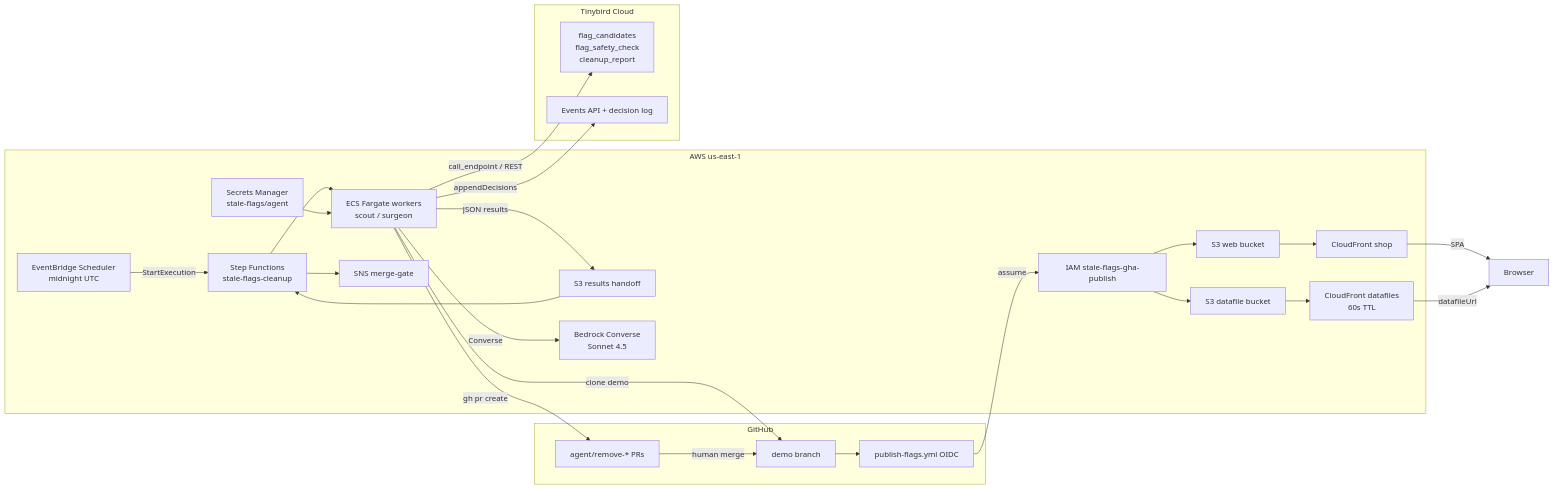
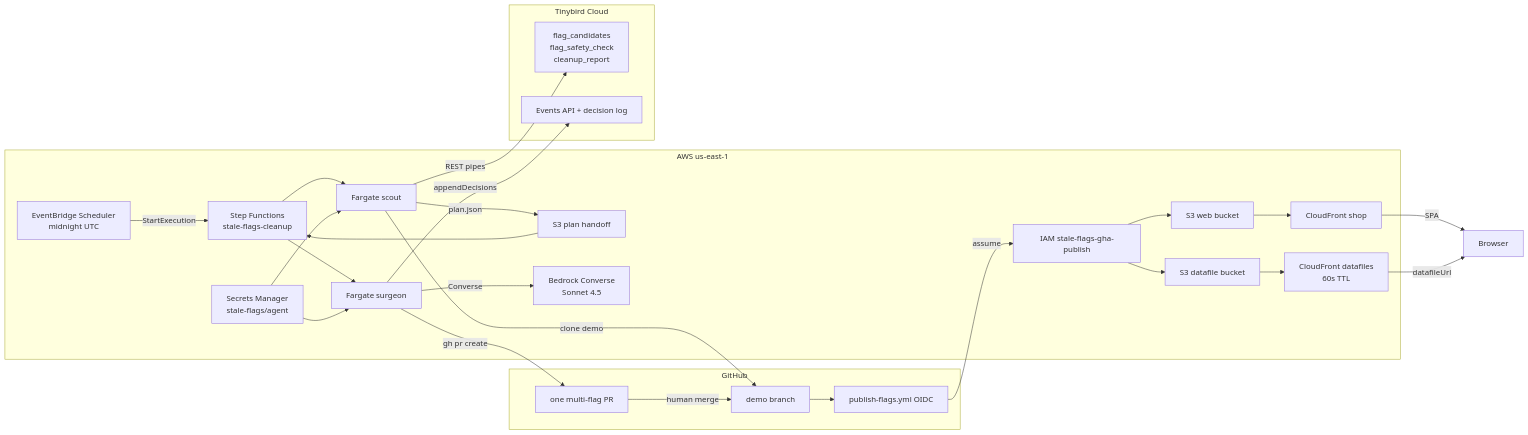
Before and after one commit to lucamezzalira/stale-flag-cleanup: the second of 3 diagrams in README.md, drawn with Mermaid. The commit also changed other lines of this file and 20 other files, not shown here.

First line of the commit message:
Split scout/surgeon Fargate hosts and add new E2E safe flags.

````diff
--- a/README.md
+++ b/README.md
@@ -74,49 +74,50 @@
 ```mermaid
 flowchart LR
   subgraph github [GitHub]
     DEMO[demo branch]
-    PR[agent/remove-* PRs]
+    PR[one multi-flag PR]
     GHA[publish-flags.yml OIDC]
   end
 
   subgraph aws [AWS us-east-1]
     SCH[EventBridge Scheduler<br/>midnight UTC]
     SFN[Step Functions<br/>stale-flags-cleanup]
-    ECS[ECS Fargate workers<br/>scout / surgeon]
-    S3R[S3 results handoff]
-    SNS[SNS merge-gate]
+    ScoutECS[Fargate scout]
+    SurgECS[Fargate surgeon]
+    S3R[S3 plan handoff]
     SM[Secrets Manager<br/>stale-flags/agent]
     BR[Bedrock Converse<br/>Sonnet 4.5]
     S3W[S3 web bucket]
     S3D[S3 datafile bucket]
     CFW[CloudFront shop]
     CFD[CloudFront datafiles<br/>60s TTL]
     ROLE[IAM stale-flags-gha-publish]
   end
 
   subgraph tb [Tinybird Cloud]
     PIPES[flag_candidates<br/>flag_safety_check<br/>cleanup_report]
     EV[Events API + decision log]
   end
 
   SCH -->|StartExecution| SFN
-  SFN --> ECS
-  SM --> ECS
-  ECS -->|clone demo| DEMO
-  ECS -->|call_endpoint / REST| PIPES
-  ECS -->|Converse| BR
-  ECS -->|JSON results| S3R
+  SFN --> ScoutECS
+  SFN --> SurgECS
+  SM --> ScoutECS
+  SM --> SurgECS
+  ScoutECS -->|clone demo| DEMO
+  ScoutECS -->|REST pipes| PIPES
+  ScoutECS -->|plan.json| S3R
   S3R --> SFN
-  ECS -->|gh pr create| PR
-  ECS -->|appendDecisions| EV
-  SFN --> SNS
+  SurgECS -->|Converse| BR
+  SurgECS -->|gh pr create| PR
+  SurgECS -->|appendDecisions| EV
   PR -->|human merge| DEMO
   DEMO --> GHA
   GHA -->|assume| ROLE
   ROLE --> S3W
   ROLE --> S3D
   S3W --> CFW
   S3D --> CFD
   CFW -->|SPA| USER[Browser]
   CFD -->|datafileUrl| USER
 ```
````
